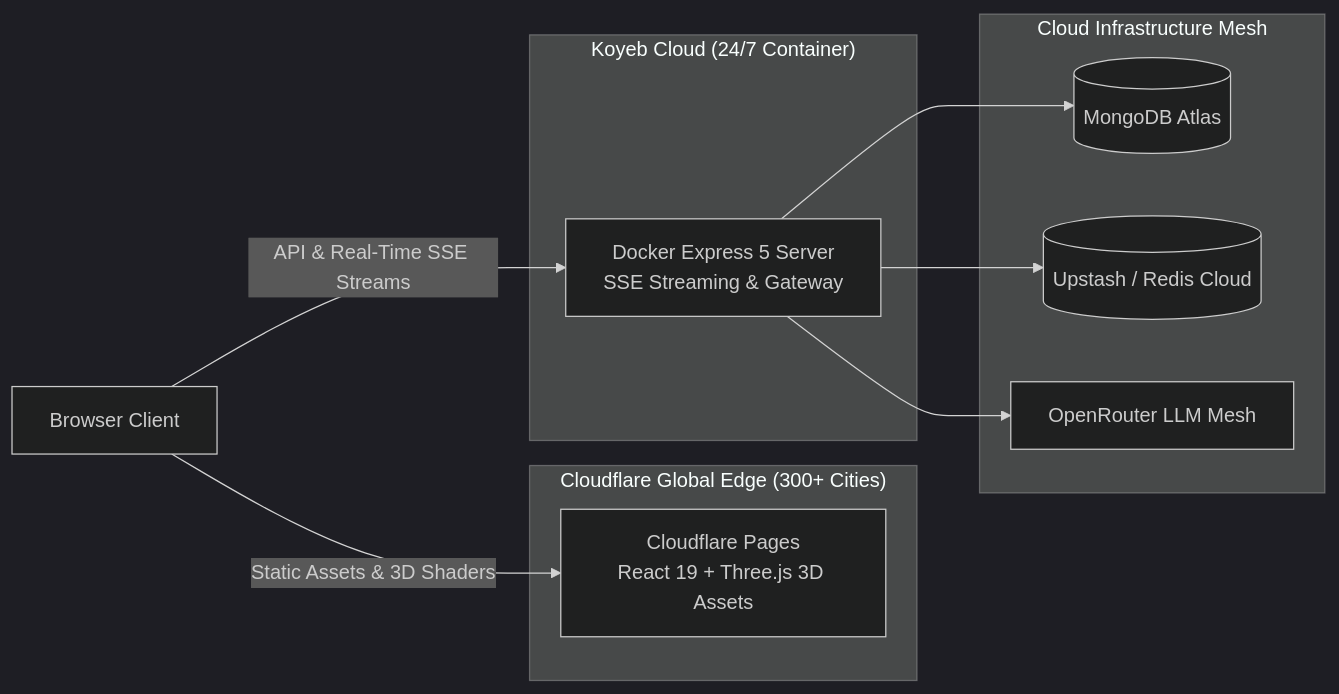
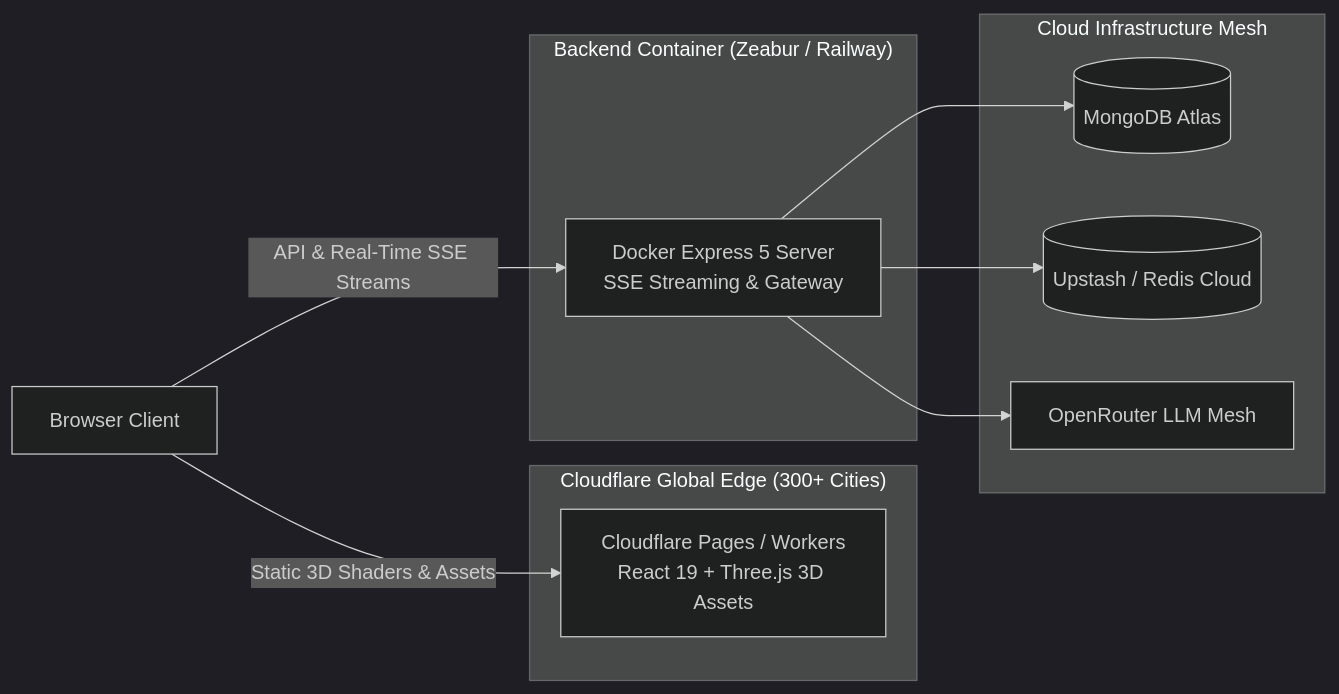
The diagram in DEPLOYMENT.md (chandan0000001/ThunderAI), drawn with Mermaid (dark theme) before and after one commit. The commit also changed other lines of this file and 12 other files, not shown here.

First line of the commit message:
fix(deploy): completely migrate from Render to Cloudflare Pages and Zeabur/Railway Docker

````diff
--- a/DEPLOYMENT.md
+++ b/DEPLOYMENT.md
@@ -11,24 +11,24 @@
 ```mermaid
 flowchart LR
     User[Browser Client]
     
     subgraph Cloudflare["Cloudflare Global Edge (300+ Cities)"]
-        CF[Cloudflare Pages<br/>React 19 + Three.js 3D Assets]
+        CF[Cloudflare Pages / Workers<br/>React 19 + Three.js 3D Assets]
     end
     
-    subgraph Koyeb["Koyeb Cloud (24/7 Container)"]
+    subgraph CloudContainer["Backend Container (Zeabur / Railway)"]
         Backend[Docker Express 5 Server<br/>SSE Streaming & Gateway]
     end
     
     subgraph DataMesh["Cloud Infrastructure Mesh"]
         Mongo[(MongoDB Atlas)]
         Redis[(Upstash / Redis Cloud)]
         AI[OpenRouter LLM Mesh]
     end
     
-    User -->|Static Assets & 3D Shaders| CF
+    User -->|Static 3D Shaders & Assets| CF
     User -->|API & Real-Time SSE Streams| Backend
     Backend --> Mongo
     Backend --> Redis
     Backend --> AI
 ```
````
